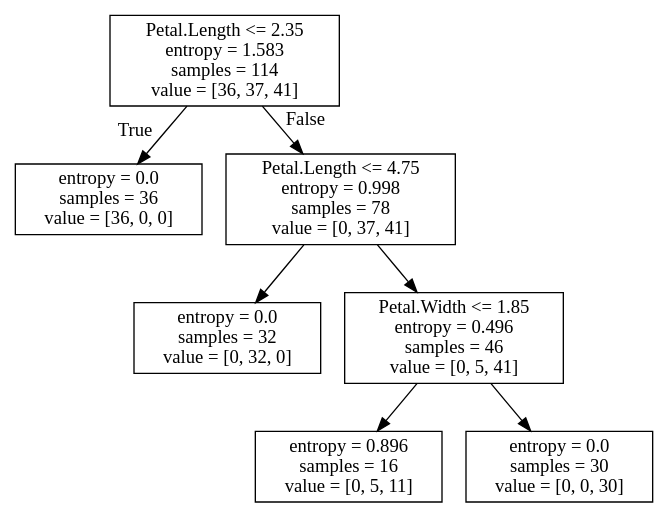
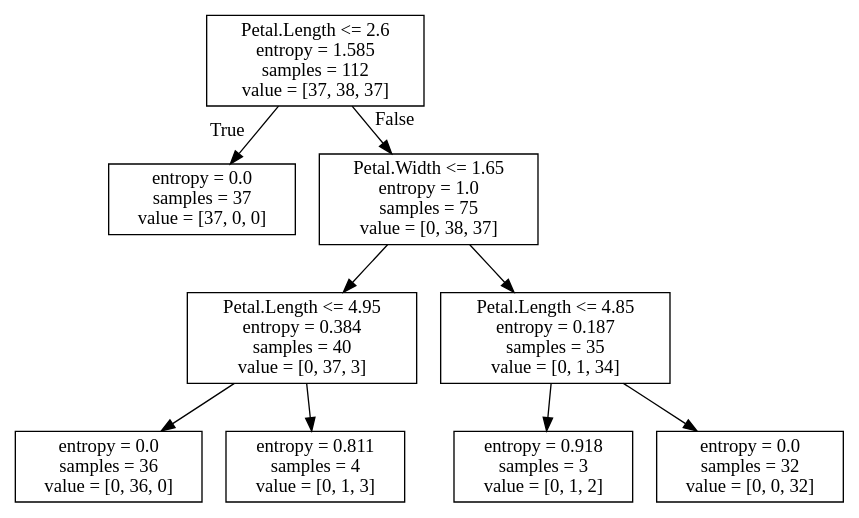
One commit to dasafo/python-ml-course changed the diagram in notebooks/resources/iris_dtree.dot. Above: the diagram before and after it, drawn with Graphviz. The commit also changed 7 other files, not shown here.

```diff
--- a/notebooks/resources/iris_dtree.dot
+++ b/notebooks/resources/iris_dtree.dot
@@ -1,16 +1,20 @@
 digraph Tree {
 node [shape=box] ;
-0 [label="Petal.Length <= 2.35\nentropy = 1.583\nsamples = 114\nvalue = [36, 37, 41]"] ;
-1 [label="entropy = 0.0\nsamples = 36\nvalue = [36, 0, 0]"] ;
+0 [label="Petal.Length <= 2.6\nentropy = 1.585\nsamples = 112\nvalue = [37, 38, 37]"] ;
+1 [label="entropy = 0.0\nsamples = 37\nvalue = [37, 0, 0]"] ;
 0 -> 1 [labeldistance=2.5, labelangle=45, headlabel="True"] ;
-2 [label="Petal.Length <= 4.75\nentropy = 0.998\nsamples = 78\nvalue = [0, 37, 41]"] ;
+2 [label="Petal.Width <= 1.65\nentropy = 1.0\nsamples = 75\nvalue = [0, 38, 37]"] ;
 0 -> 2 [labeldistance=2.5, labelangle=-45, headlabel="False"] ;
-3 [label="entropy = 0.0\nsamples = 32\nvalue = [0, 32, 0]"] ;
+3 [label="Petal.Length <= 4.95\nentropy = 0.384\nsamples = 40\nvalue = [0, 37, 3]"] ;
 2 -> 3 ;
-4 [label="Petal.Width <= 1.85\nentropy = 0.496\nsamples = 46\nvalue = [0, 5, 41]"] ;
-2 -> 4 ;
-5 [label="entropy = 0.896\nsamples = 16\nvalue = [0, 5, 11]"] ;
-4 -> 5 ;
-6 [label="entropy = 0.0\nsamples = 30\nvalue = [0, 0, 30]"] ;
-4 -> 6 ;
+4 [label="entropy = 0.0\nsamples = 36\nvalue = [0, 36, 0]"] ;
+3 -> 4 ;
+5 [label="entropy = 0.811\nsamples = 4\nvalue = [0, 1, 3]"] ;
+3 -> 5 ;
+6 [label="Petal.Length <= 4.85\nentropy = 0.187\nsamples = 35\nvalue = [0, 1, 34]"] ;
+2 -> 6 ;
+7 [label="entropy = 0.918\nsamples = 3\nvalue = [0, 1, 2]"] ;
+6 -> 7 ;
+8 [label="entropy = 0.0\nsamples = 32\nvalue = [0, 0, 32]"] ;
+6 -> 8 ;
 }
```
